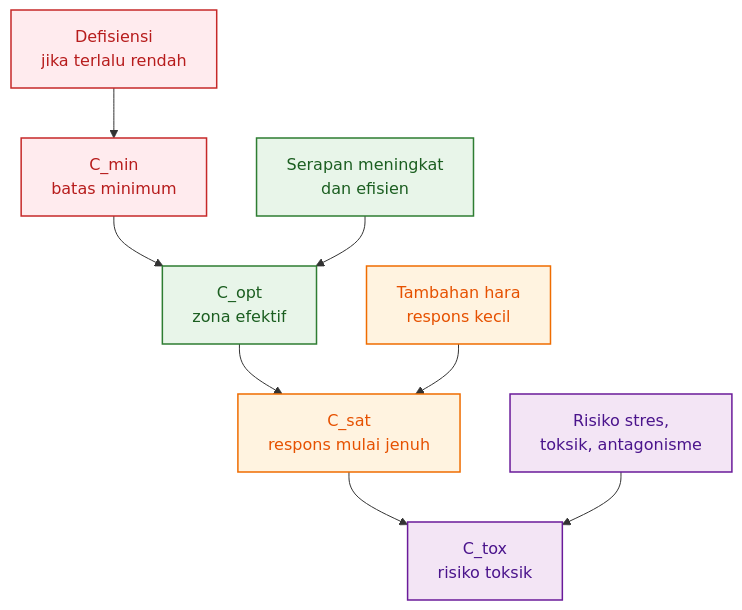
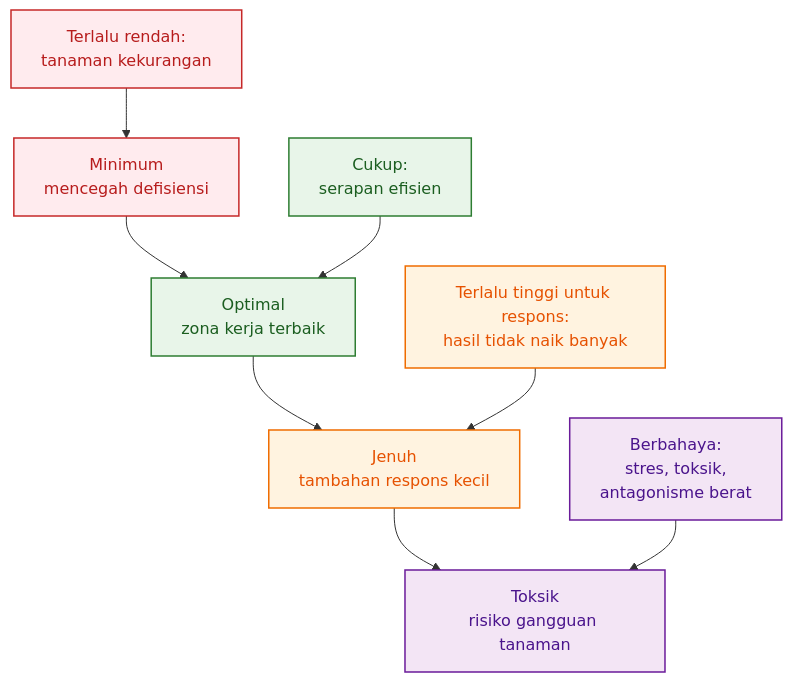
The sixth of 15 diagrams in content/blog/agri/kebon/model-formula-hara.mdx (slametsampon/kawruhnology), drawn with Mermaid before and after one commit. The commit also changed other lines of this file and 4 other files, not shown here.

````diff
--- a/content/blog/agri/kebon/model-formula-hara.mdx
+++ b/content/blog/agri/kebon/model-formula-hara.mdx
@@ -1337,21 +1218,21 @@
 ```mermaid id="bab5-zona-respons"
 flowchart TD
-    A["C_min<br/>batas minimum"] --> B["C_opt<br/>zona efektif"]
-    B --> C["C_sat<br/>respons mulai jenuh"]
-    C --> D["C_tox<br/>risiko toksik"]
+    A["Minimum<br/>mencegah defisiensi"] --> B["Optimal<br/>zona kerja terbaik"]
+    B --> C["Jenuh<br/>tambahan respons kecil"]
+    C --> D["Toksik<br/>risiko gangguan tanaman"]
 
-    A1["Defisiensi<br/>jika terlalu rendah"] --> A
-    B1["Serapan meningkat<br/>dan efisien"] --> B
-    C1["Tambahan hara<br/>respons kecil"] --> C
-    D1["Risiko stres,<br/>toksik, antagonisme"] --> D
+    A1["Terlalu rendah:<br/>tanaman kekurangan"] --> A
+    B1["Cukup:<br/>serapan efisien"] --> B
+    C1["Terlalu tinggi untuk respons:<br/>hasil tidak naik banyak"] --> C
+    D1["Berbahaya:<br/>stres, toksik,<br/>antagonisme berat"] --> D
 
     classDef rendah fill:#FFEBEE,stroke:#C62828,stroke-width:1.5px,color:#B71C1C;
     classDef optimal fill:#E8F5E9,stroke:#2E7D32,stroke-width:1.5px,color:#1B5E20;
     classDef jenuh fill:#FFF3E0,stroke:#EF6C00,stroke-width:1.5px,color:#E65100;
     classDef toksik fill:#F3E5F5,stroke:#6A1B9A,stroke-width:1.5px,color:#4A148C;
 
     class A,A1 rendah;
     class B,B1 optimal;
     class C,C1 jenuh;
     class D,D1 toksik;
 ```
````
